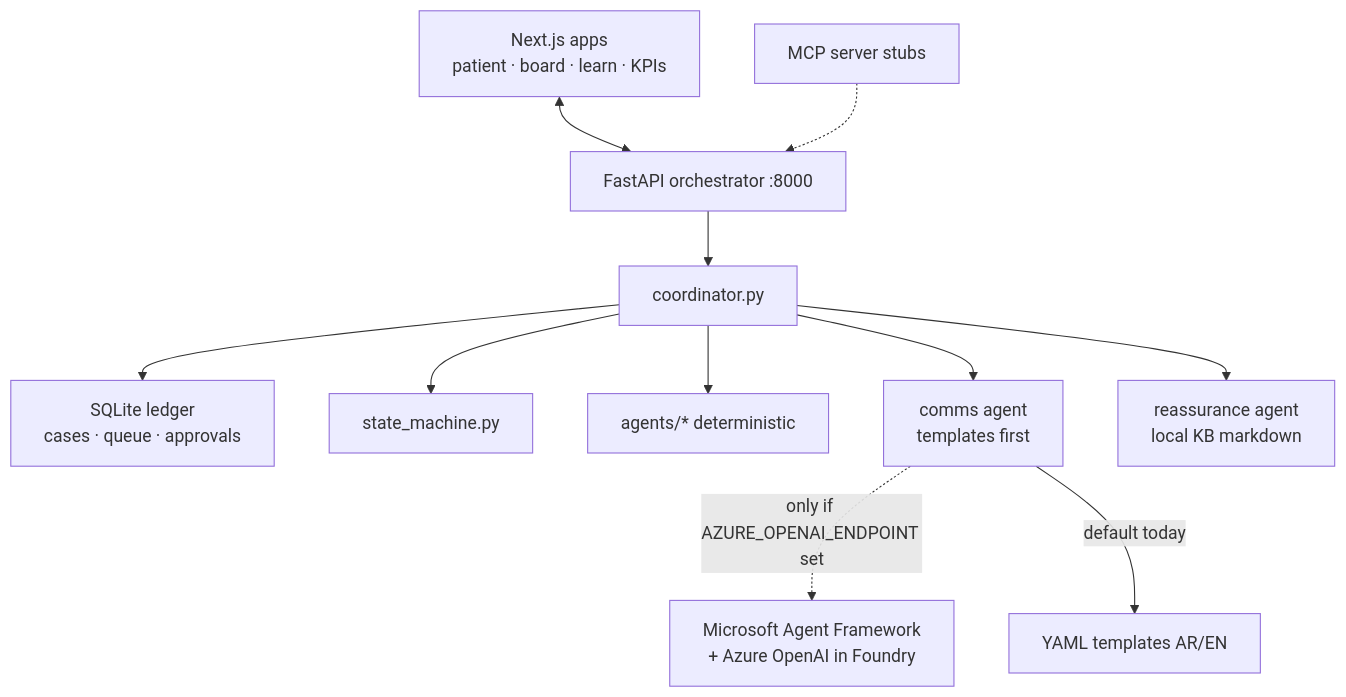
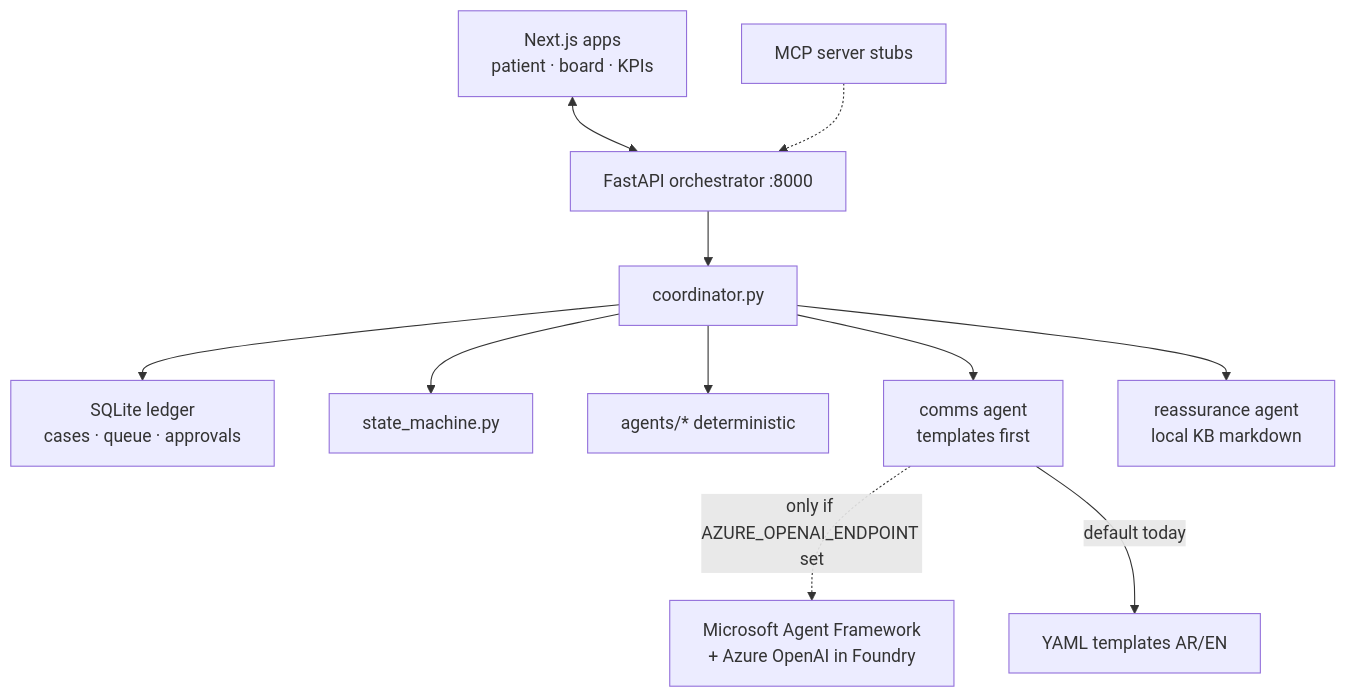
One commit to suhail39ahmed/rabt-care-loop changed the second of 7 diagrams in docs/architecture.md. Above: the diagram before and after it, drawn with Mermaid. The commit also changed other lines of this file and 9 other files, not shown here.

````diff
--- a/docs/architecture.md
+++ b/docs/architecture.md
@@ -94,23 +97,23 @@
 ```mermaid
 flowchart TB
-  WEB["Next.js apps<br/>patient · board · learn · KPIs"]
+  WEB["Next.js apps<br/>patient · board · KPIs"]
   API["FastAPI orchestrator :8000"]
   LED["SQLite ledger<br/>cases · queue · approvals"]
   SM["state_machine.py"]
   CO["coordinator.py"]
   DET["agents/* deterministic"]
   COM["comms agent<br/>templates first"]
   REA["reassurance agent<br/>local KB markdown"]
   MCP["MCP server stubs"]
 
   WEB <--> API
   API --> CO
   CO --> SM
   CO --> LED
   CO --> DET
   CO --> COM
   CO --> REA
   COM -.->|"only if AZURE_OPENAI_ENDPOINT set"| AF["Microsoft Agent Framework<br/>+ Azure OpenAI in Foundry"]
   COM -->|"default today"| TPL["YAML templates AR/EN"]
   MCP -.-> API
 ```
````
